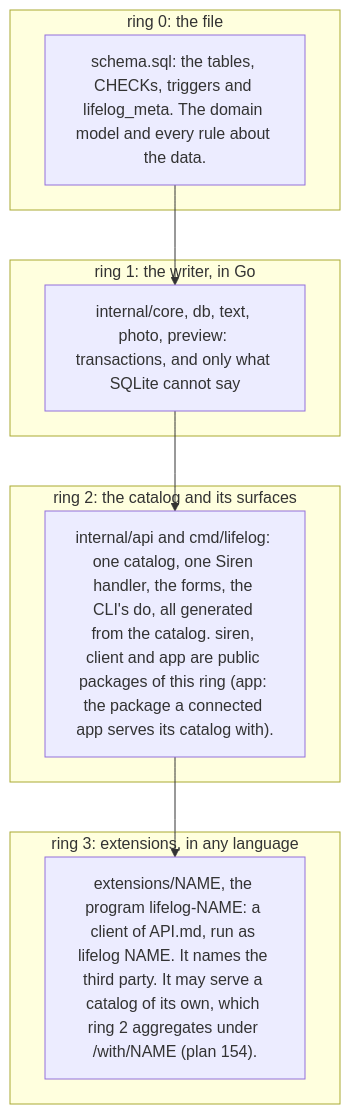
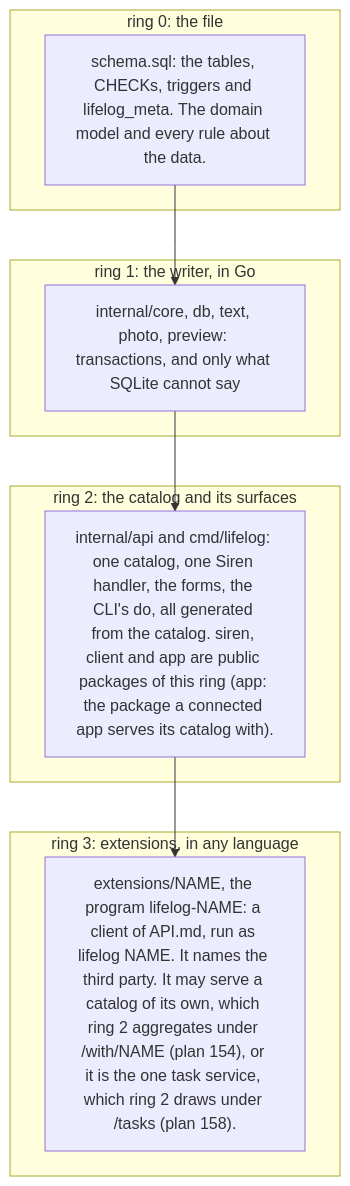
One commit to alexradunet/lifelogdb changed the first of 2 diagrams in AGENTS.md. Above: the diagram before and after it, drawn with Mermaid. The commit also changed other lines of this file and 19 other files, not shown here.

````diff
--- a/AGENTS.md
+++ b/AGENTS.md
@@ -156,16 +156,16 @@
 ```mermaid
 flowchart TB
   subgraph R0["ring 0: the file"]
     S["schema.sql: the tables, CHECKs, triggers and lifelog_meta. The domain model and every rule about the data."]
   end
   subgraph R1["ring 1: the writer, in Go"]
     C["internal/core, db, text, photo, preview: transactions, and only what SQLite cannot say"]
   end
   subgraph R2["ring 2: the catalog and its surfaces"]
     K["internal/api and cmd/lifelog: one catalog, one Siren handler, the forms, the CLI's do, all generated from the catalog. siren, client and app are public packages of this ring (app: the package a connected app serves its catalog with)."]
   end
   subgraph R3["ring 3: extensions, in any language"]
-    X["extensions/NAME, the program lifelog-NAME: a client of API.md, run as lifelog NAME. It names the third party. It may serve a catalog of its own, which ring 2 aggregates under /with/NAME (plan 154)."]
+    X["extensions/NAME, the program lifelog-NAME: a client of API.md, run as lifelog NAME. It names the third party. It may serve a catalog of its own, which ring 2 aggregates under /with/NAME (plan 154), or it is the one task service, which ring 2 draws under /tasks (plan 158)."]
   end
   S --> C --> K --> X
 ```
````
